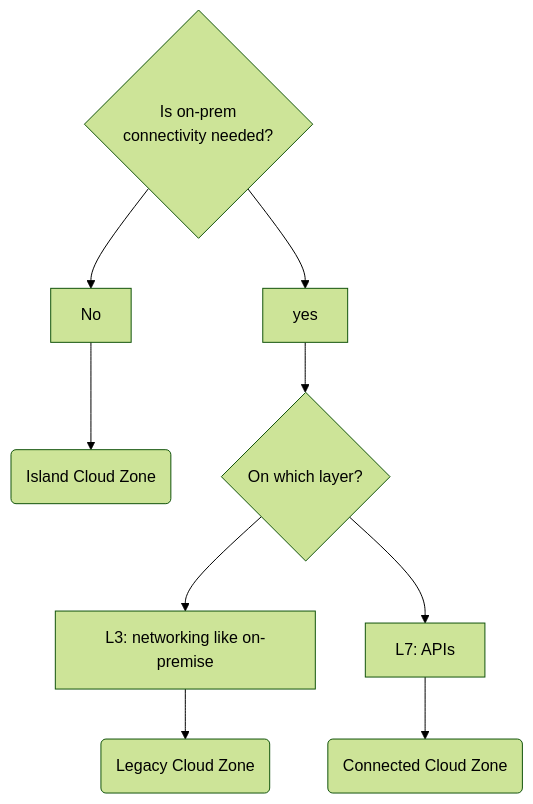
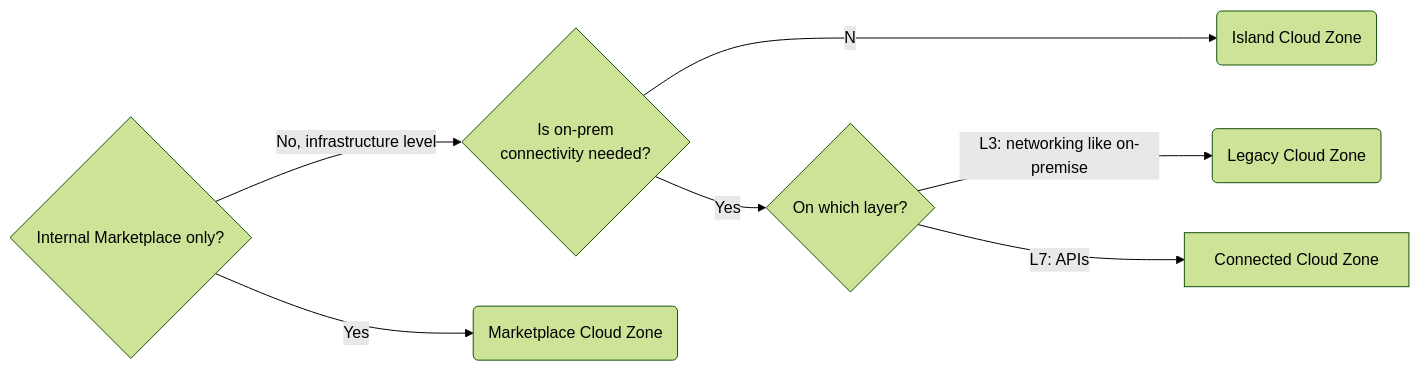
The second of 2 diagrams in docs/maturity-model/security-and-compliance/cloud-zones.md (cloudfoundation-community/cloudfoundation.org), drawn with Mermaid (forest theme) before and after one commit. The commit also changed other lines of this file and 10 other files, not shown here.

````diff
--- a/docs/maturity-model/security-and-compliance/cloud-zones.md
+++ b/docs/maturity-model/security-and-compliance/cloud-zones.md
@@ -50,11 +111,10 @@
 ```mermaid
-graph TD
-    A{Is on-prem <br> connectivity needed?} --> B[No]
-    A --> C[yes]
-    B --> D(Island Cloud Zone)
-    C --> E{On which layer?}
-		E --> F[L3: networking like on-premise]
-		F --> G(Legacy Cloud Zone)
-		E --> H[L7: APIs]
-		H --> I(Connected Cloud Zone)
+graph LR
+		M{Internal Marketplace only?} --No, infrastructure level--> O
+		M --Yes--> S(Marketplace Cloud Zone)
+    O{Is on-prem <br> connectivity needed?}
+    O --No--> I(Island Cloud Zone)
+    O --Yes--> L{On which layer?}
+		L --L3: networking like on-premise--> 3(Legacy Cloud Zone)
+		L --L7: APIs--> 7[Connected Cloud Zone]
 ```
````
